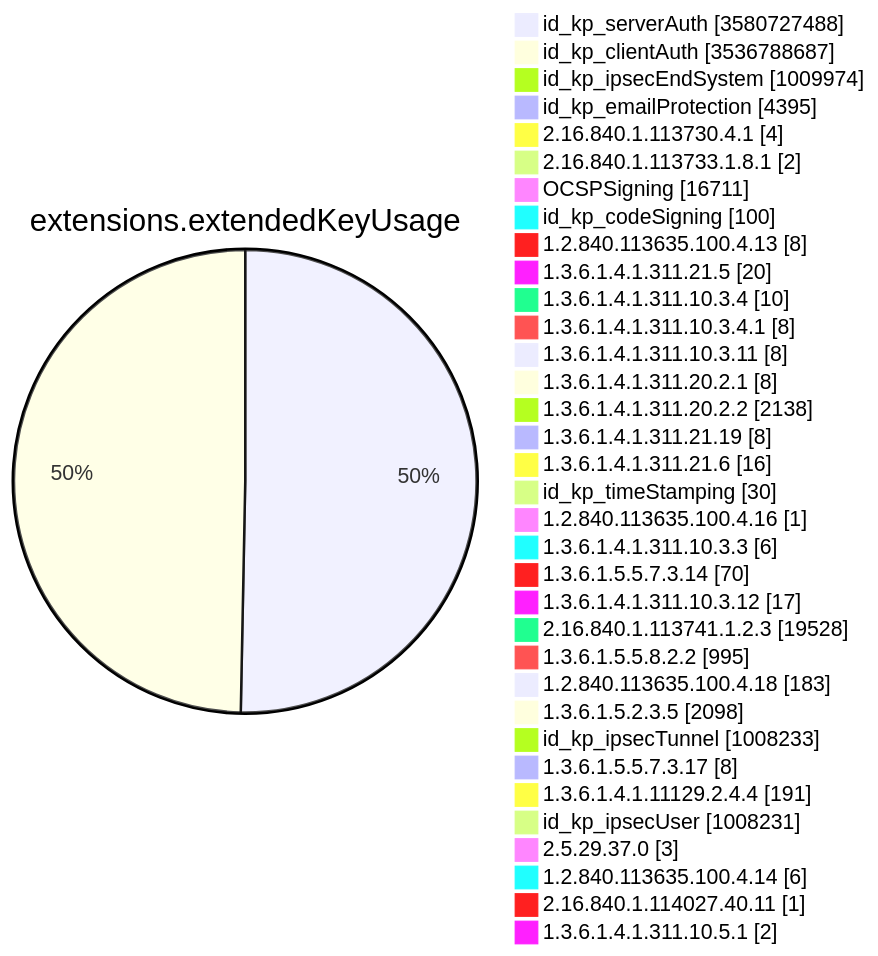
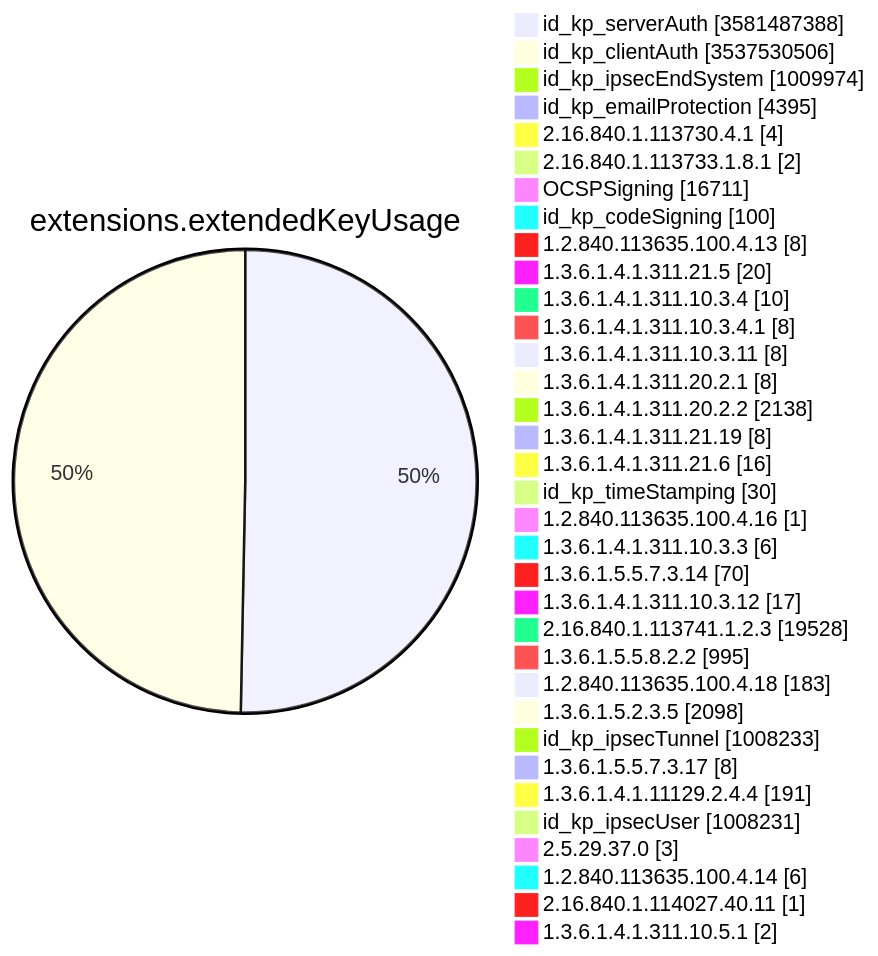
Before and after one commit to christiankrug/ctmonitor_visualization: diagram 11 of 15 in TOTAL/README.md, drawn with Mermaid. The commit also changed other lines of this file, not shown here.

````diff
--- a/TOTAL/README.md
+++ b/TOTAL/README.md
@@ -4128,38 +4128,38 @@
 ```mermaid
 pie showData
 title extensions.extendedKeyUsage
-"id_kp_serverAuth" :3580727488
-"id_kp_clientAuth" :3536788687
+"id_kp_serverAuth" :3581487388
+"id_kp_clientAuth" :3537530506
 "id_kp_ipsecEndSystem" :1009974
 "id_kp_emailProtection" :4395
 "2.16.840.1.113730.4.1" :4
 "2.16.840.1.113733.1.8.1" :2
 "OCSPSigning" :16711
 "id_kp_codeSigning" :100
 "1.2.840.113635.100.4.13" :8
 "1.3.6.1.4.1.311.21.5" :20
 "1.3.6.1.4.1.311.10.3.4" :10
 "1.3.6.1.4.1.311.10.3.4.1" :8
 "1.3.6.1.4.1.311.10.3.11" :8
 "1.3.6.1.4.1.311.20.2.1" :8
 "1.3.6.1.4.1.311.20.2.2" :2138
 "1.3.6.1.4.1.311.21.19" :8
 "1.3.6.1.4.1.311.21.6" :16
 "id_kp_timeStamping" :30
 "1.2.840.113635.100.4.16" :1
 "1.3.6.1.4.1.311.10.3.3" :6
 "1.3.6.1.5.5.7.3.14" :70
 "1.3.6.1.4.1.311.10.3.12" :17
 "2.16.840.1.113741.1.2.3" :19528
 "1.3.6.1.5.5.8.2.2" :995
 "1.2.840.113635.100.4.18" :183
 "1.3.6.1.5.2.3.5" :2098
 "id_kp_ipsecTunnel" :1008233
 "1.3.6.1.5.5.7.3.17" :8
 "1.3.6.1.4.1.11129.2.4.4" :191
 "id_kp_ipsecUser" :1008231
 "2.5.29.37.0" :3
 "1.2.840.113635.100.4.14" :6
 "2.16.840.1.114027.40.11" :1
 "1.3.6.1.4.1.311.10.5.1" :2
 ```
````
